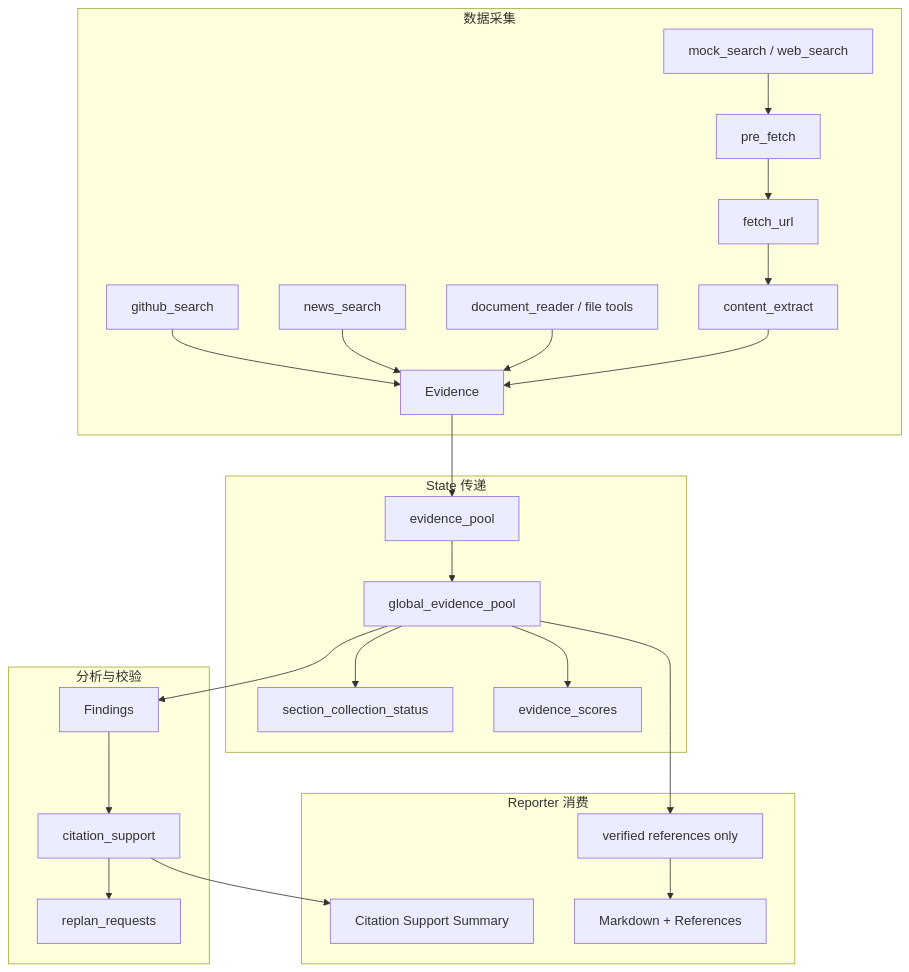
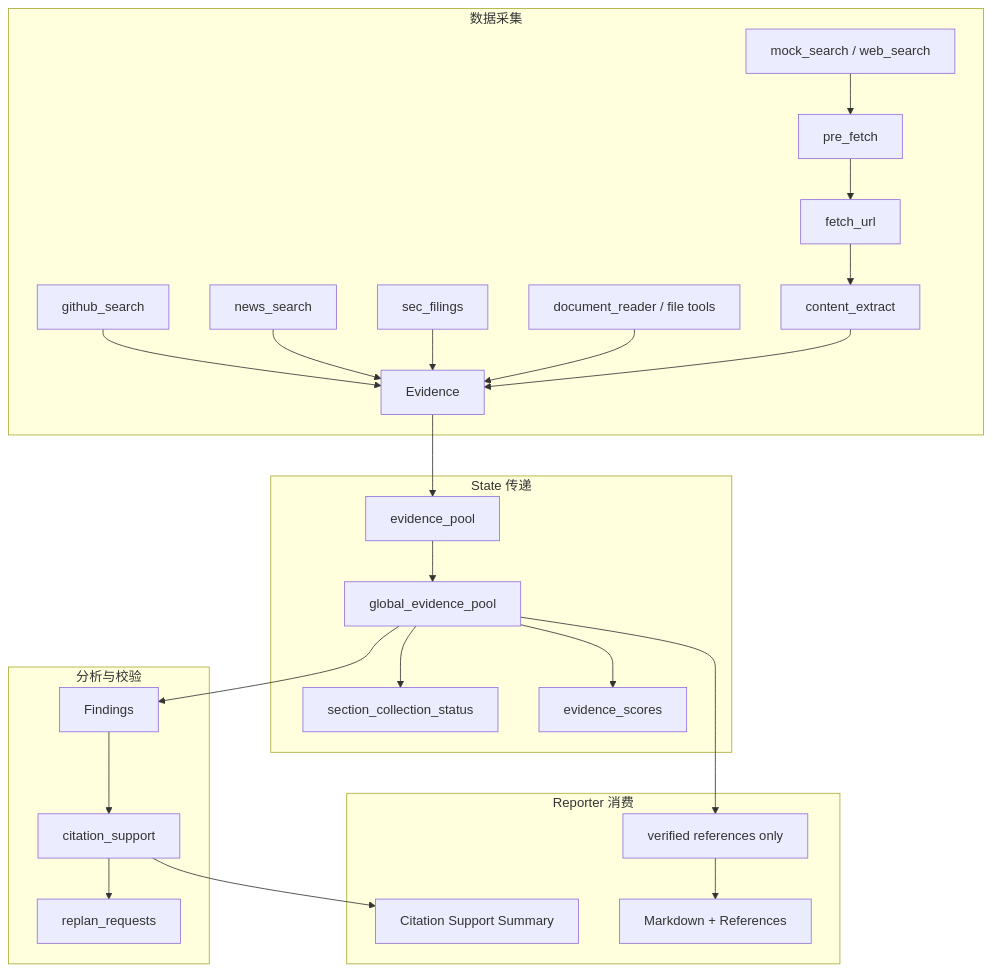
The third of 3 diagrams in README.md (Caser-86/InsightGraph), drawn with Mermaid before and after one commit. The commit also changed other lines of this file and 3 other files, not shown here.

````diff
--- a/README.md
+++ b/README.md
@@ -210,31 +212,32 @@
 ```mermaid
 flowchart TB
     subgraph 数据采集
         T1[mock_search / web_search] --> T2[pre_fetch]
         T2 --> T3[fetch_url]
         T3 --> T4[content_extract]
         T5[github_search] --> T8[Evidence]
         T6[news_search] --> T8
-        T7[document_reader / file tools] --> T8
+        T7[sec_filings] --> T8
+        T9[document_reader / file tools] --> T8
         T4 --> T8
     end
 
     subgraph State 传递
         T8 --> S1[evidence_pool]
         S1 --> S2[global_evidence_pool]
         S2 --> S3[section_collection_status]
         S2 --> S4[evidence_scores]
     end
 
     subgraph 分析与校验
         S2 --> A1[Findings]
         A1 --> A2[citation_support]
         A2 --> A3[replan_requests]
     end
 
     subgraph Reporter 消费
         A2 --> R1[Citation Support Summary]
         S2 --> R2[verified references only]
         R2 --> R3[Markdown + References]
     end
 ```
````
